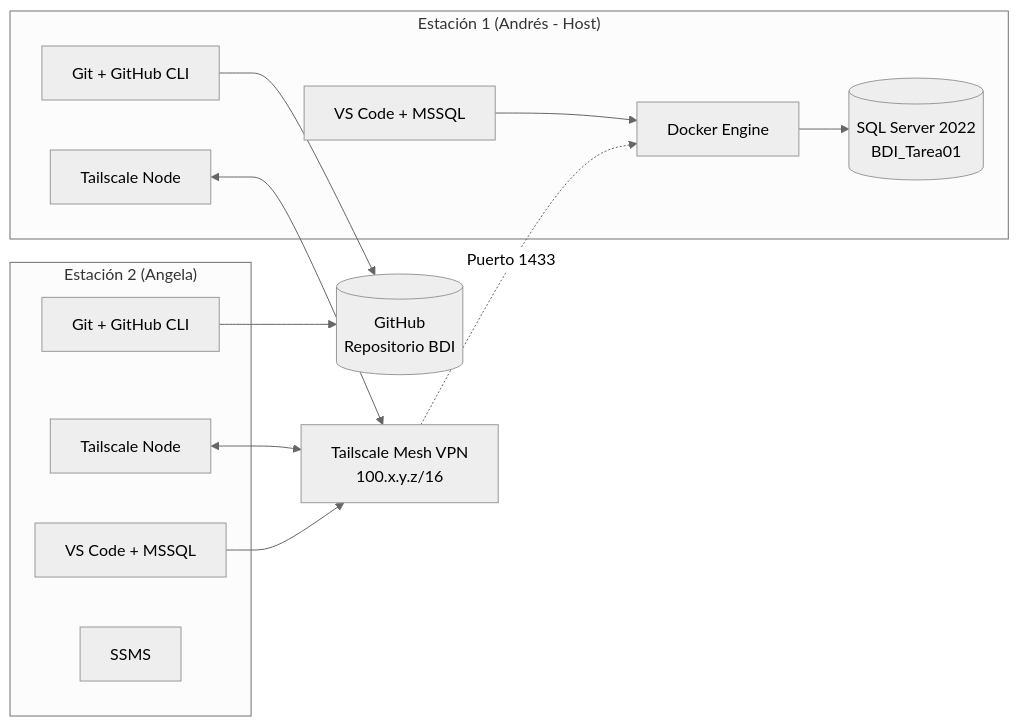
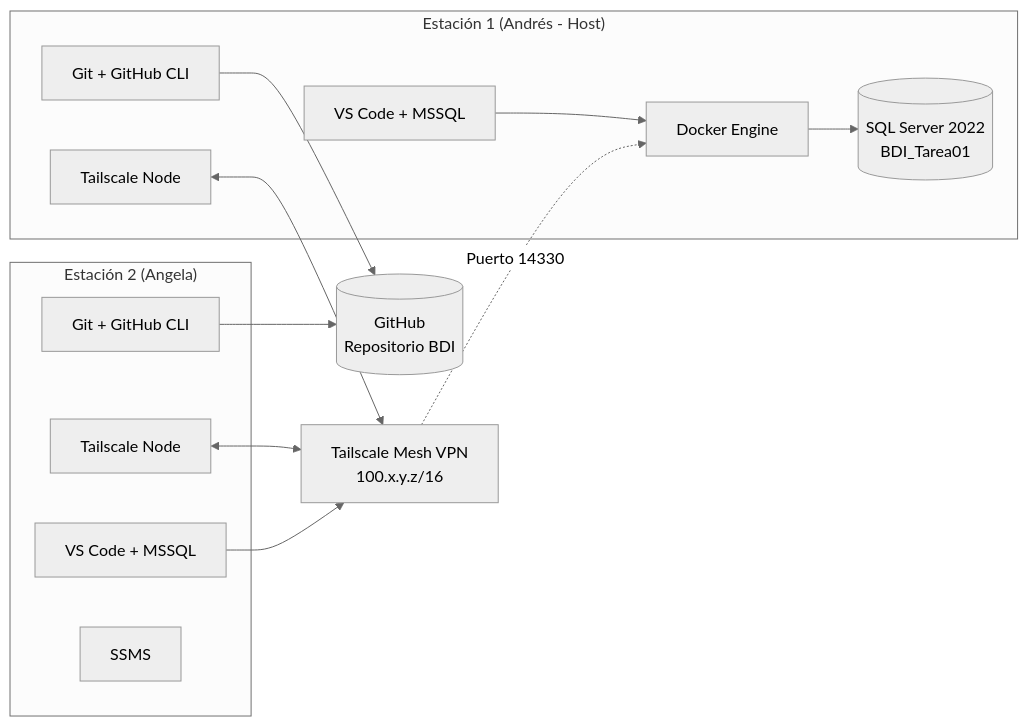
The first of 2 diagrams in Tarea01/docs/analisis_resultados.md (AndresAp01/BDI), drawn with Mermaid (neutral theme) before and after one commit. The commit also changed other lines of this file and 1 other file, not shown here.

````diff
--- a/Tarea01/docs/analisis_resultados.md
+++ b/Tarea01/docs/analisis_resultados.md
@@ -52,28 +52,28 @@
 ```mermaid
 graph LR
     subgraph "Estación 1 (Andrés - Host)"
         A1[VS Code + MSSQL]
         A2[Git + GitHub CLI]
         A3[Tailscale Node]
         DOCKER[Docker Engine]
         SQL[(SQL Server 2022\nBDI_Tarea01)]
         DOCKER --> SQL
     end
 
     subgraph "Estación 2 (Angela)"
         B1[VS Code + MSSQL]
         B2[Git + GitHub CLI]
         B3[Tailscale Node]
         B4[SSMS]
     end
 
     GITHUB[(GitHub\nRepositorio BDI)]
     TAILSCALE[Tailscale Mesh VPN\n100.x.y.z/16]
 
     A1 --> DOCKER
     A3 <--> TAILSCALE
     B3 <--> TAILSCALE
-    B1 --> TAILSCALE -.->|Puerto 1433| DOCKER
+    B1 --> TAILSCALE -.->|Puerto 14330| DOCKER
     A2 --> GITHUB
     B2 --> GITHUB
 ```
````
